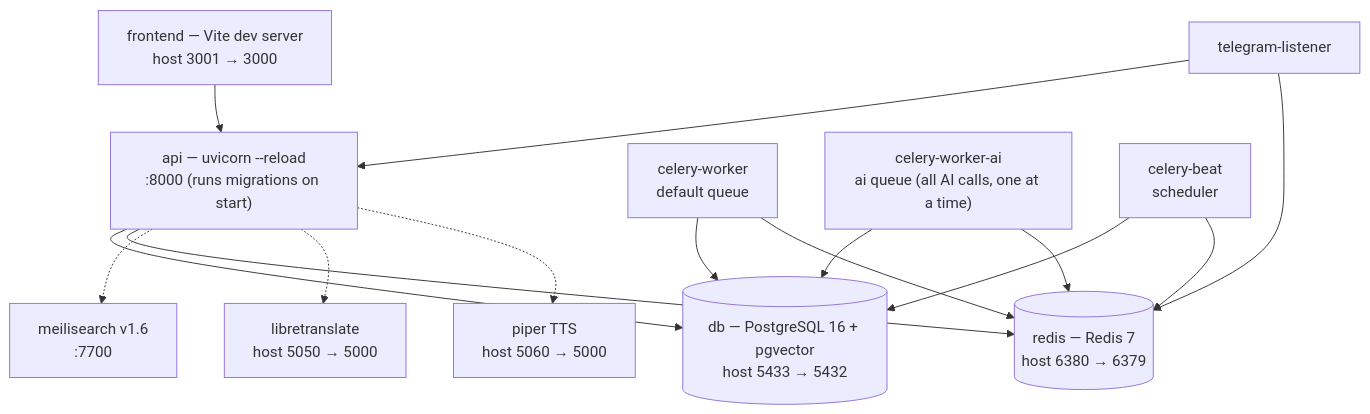
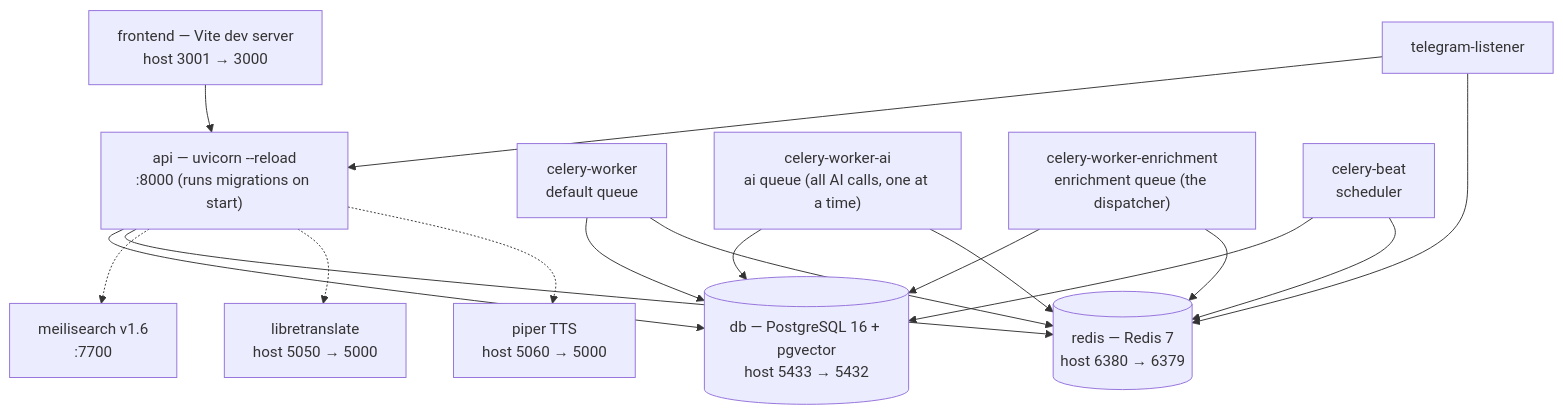
The diagram in docs/diagrams/contributing-dev-stack.md (a-oneil/IntelFeed), drawn with Mermaid before and after one commit. The commit also changed 401 other files, not shown here.

First line of the commit message:
Enrichment control plane, Review queue, Overview tab, engine switch and API hardening (#182)

````diff
--- a/docs/diagrams/contributing-dev-stack.md
+++ b/docs/diagrams/contributing-dev-stack.md
@@ -5,21 +5,23 @@
 ```mermaid
 flowchart TD
     frontend["frontend — Vite dev server<br/>host 3001 → 3000"] --> api
     api["api — uvicorn --reload<br/>:8000 (runs migrations on start)"] --> db
     api --> redis
     api -.-> meili["meilisearch v1.6<br/>:7700"]
     api -.-> lt["libretranslate<br/>host 5050 → 5000"]
     api -.-> piper["piper TTS<br/>host 5060 → 5000"]
 
     worker["celery-worker<br/>default queue"] --> db
     worker --> redis
     cli["celery-worker-ai<br/>ai queue (all AI calls, one at a time)"] --> db
     cli --> redis
+    enr["celery-worker-enrichment<br/>enrichment queue (the dispatcher)"] --> db
+    enr --> redis
     beat["celery-beat<br/>scheduler"] --> db
     beat --> redis
     tg["telegram-listener"] --> api
     tg --> redis
 
     db[("db — PostgreSQL 16 + pgvector<br/>host 5433 → 5432")]
     redis[("redis — Redis 7<br/>host 6380 → 6379")]
 ```
````
